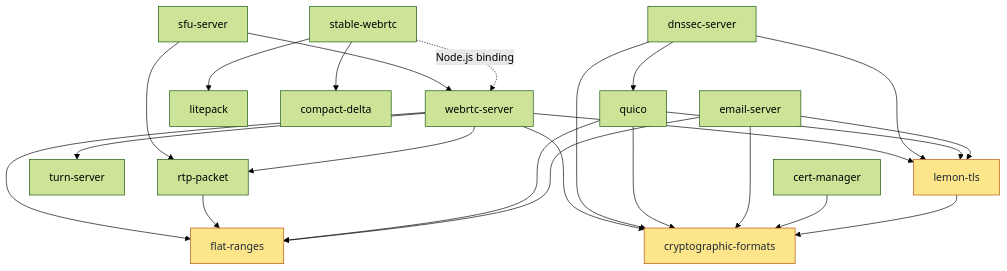
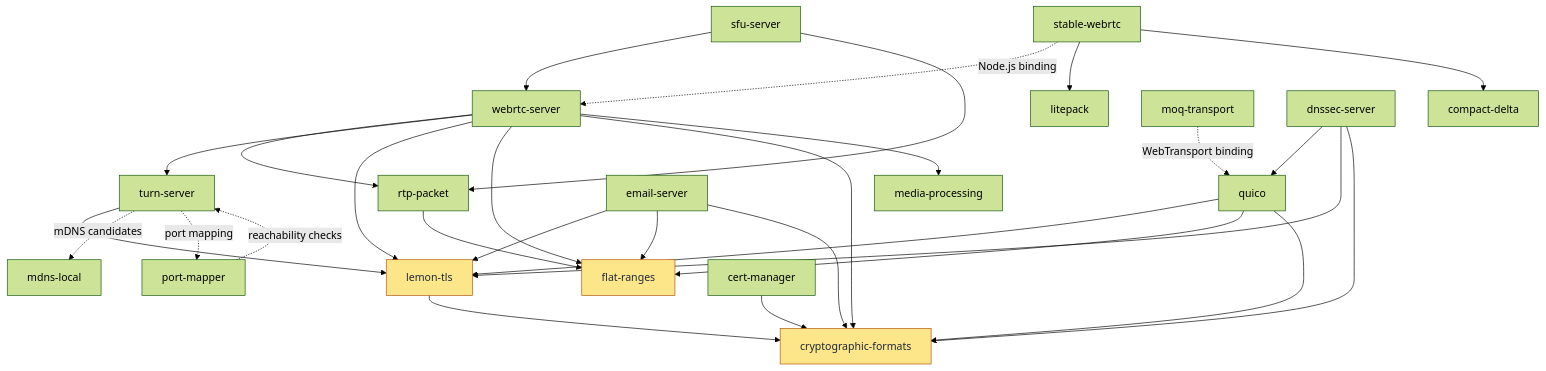
One commit to colocohen/colocohen changed the diagram in README.md. Above: the diagram before and after it, drawn with Mermaid (forest theme). The commit also changed other lines of this file, not shown here.

````diff
--- a/README.md
+++ b/README.md
@@ -64,32 +64,39 @@
 ```mermaid
 graph TD
   sfu[sfu-server] --> webrtc[webrtc-server]
   sfu --> rtp[rtp-packet]
   stable[stable-webrtc] -.->|Node.js binding| webrtc
   stable --> litepack
   stable --> delta[compact-delta]
 
   webrtc --> rtp
   webrtc --> turn[turn-server]
   webrtc --> tls[lemon-tls]
   webrtc --> ranges[flat-ranges]
   webrtc --> formats[cryptographic-formats]
+  webrtc --> mp[media-processing]
   rtp --> ranges
 
+  turn --> tls
+  turn -.->|mDNS candidates| mdns[mdns-local]
+  turn -.->|port mapping| pm[port-mapper]
+  pm -.->|reachability checks| turn
+
+  moq[moq-transport] -.->|WebTransport binding| quico
   dns[dnssec-server] --> quico
   dns --> tls
   dns --> formats
   quico --> tls
   quico --> ranges
   quico --> formats
 
   email[email-server] --> tls
   email --> ranges
   email --> formats
   cert[cert-manager] --> formats
 
   tls --> formats
 
   classDef base fill:#fde68a,stroke:#b45309,color:#1f2937
   class tls,formats,ranges base
 ```
````
